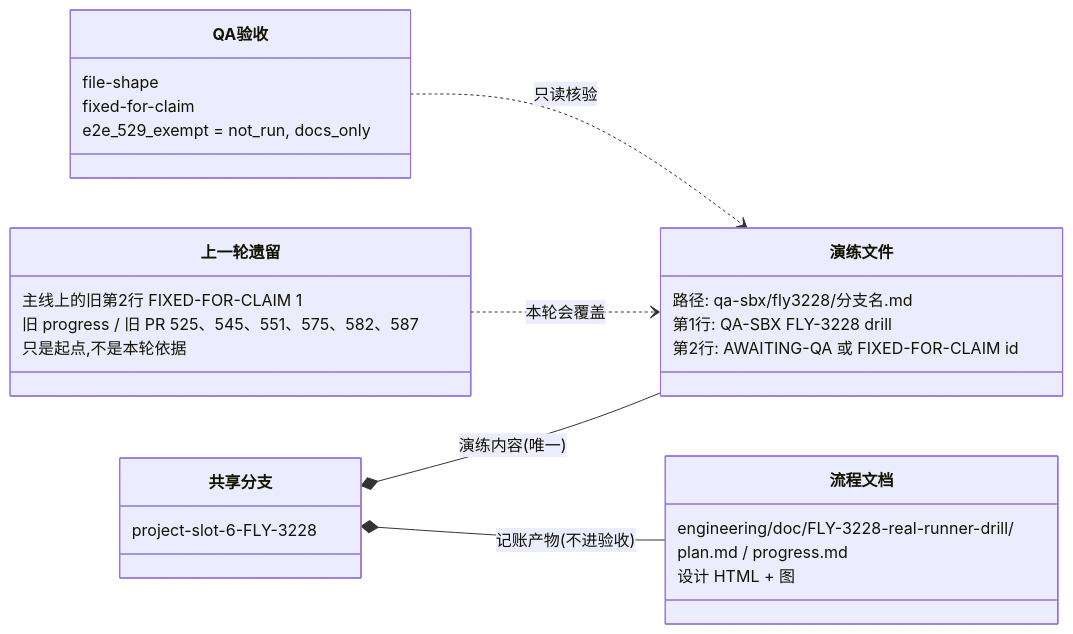
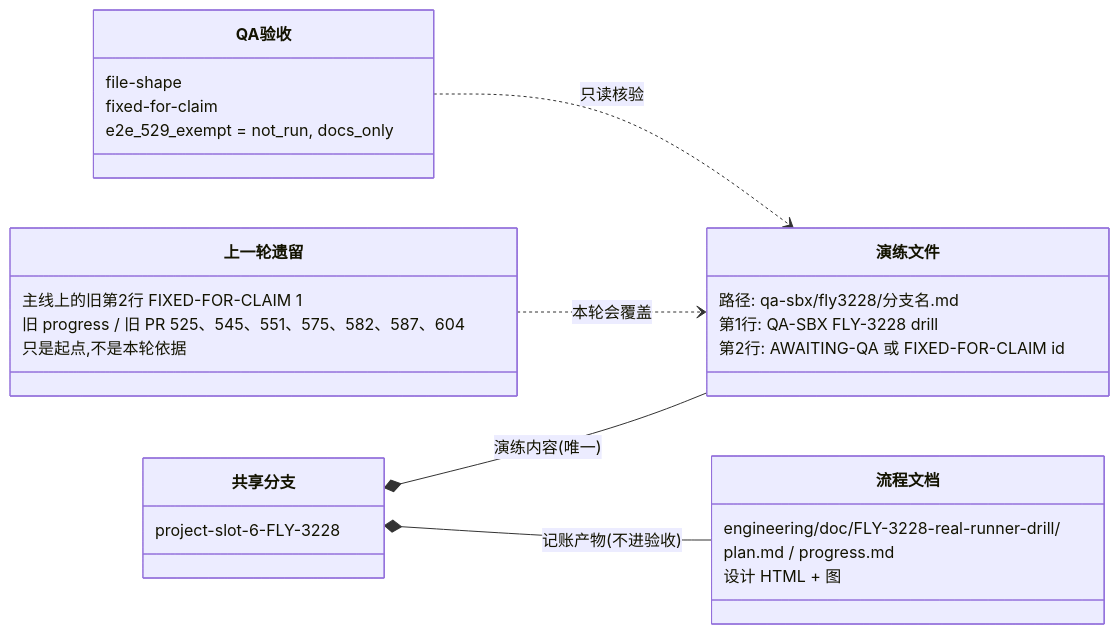
Before and after one commit to xrliAnnie/flywheel-qa-sandbox: the diagram in engineering/doc/FLY-3228-real-runner-drill/d2-data-model.mmd, drawn with Mermaid. The commit also changed 5 other files, not shown here.

```diff
--- a/engineering/doc/FLY-3228-real-runner-drill/d2-data-model.mmd
+++ b/engineering/doc/FLY-3228-real-runner-drill/d2-data-model.mmd
@@ -1,29 +1,29 @@
 classDiagram
     direction LR
     class 共享分支 {
         project-slot-6-FLY-3228
     }
     class 演练文件 {
         路径: qa-sbx/fly3228/分支名.md
         第1行: QA-SBX FLY-3228 drill
         第2行: AWAITING-QA 或 FIXED-FOR-CLAIM id
     }
     class 上一轮遗留 {
         主线上的旧第2行 FIXED-FOR-CLAIM 1
-        旧 progress / 旧 PR 525、545、551、575、582、587
+        旧 progress / 旧 PR 525、545、551、575、582、587、604
         只是起点,不是本轮依据
     }
     class 流程文档 {
         engineering/doc/FLY-3228-real-runner-drill/
         plan.md / progress.md
         设计 HTML + 图
     }
     class QA验收 {
         file-shape
         fixed-for-claim
         e2e_529_exempt = not_run, docs_only
     }
     共享分支 *-- 演练文件 : 演练内容(唯一)
     共享分支 *-- 流程文档 : 记账产物(不进验收)
     上一轮遗留 ..> 演练文件 : 本轮会覆盖
     QA验收 ..> 演练文件 : 只读核验
```
